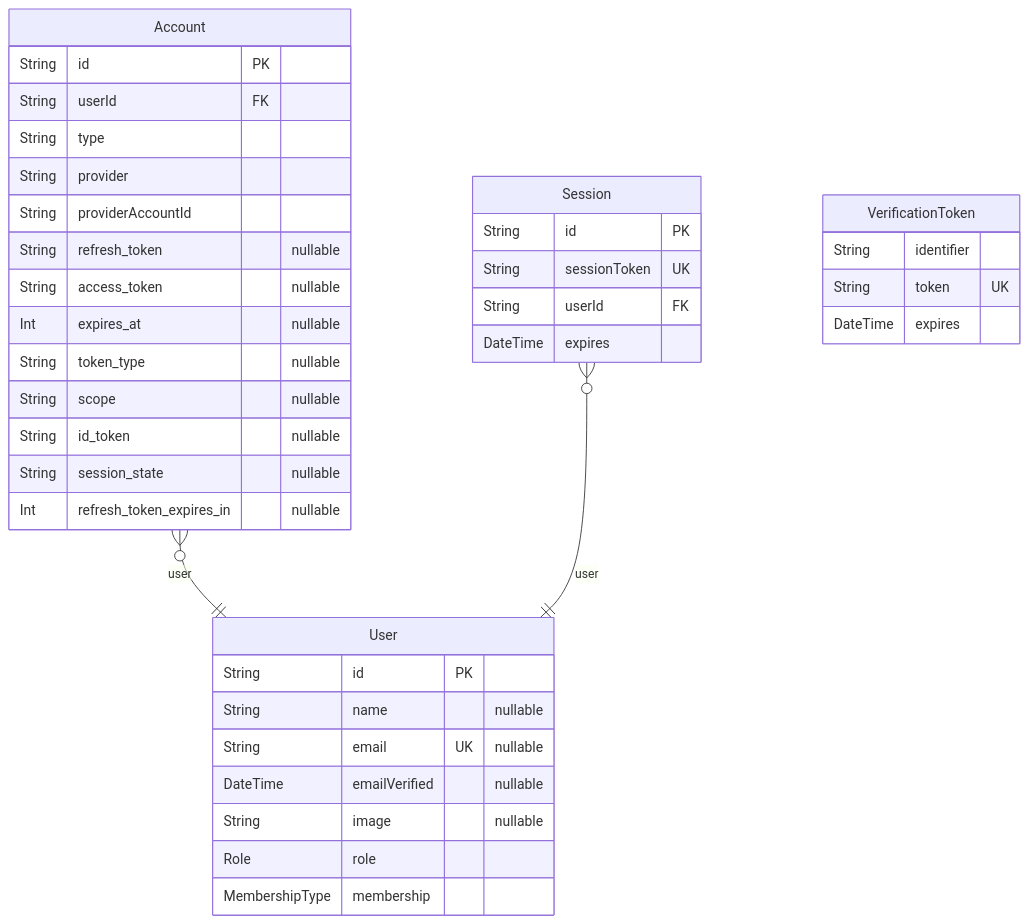
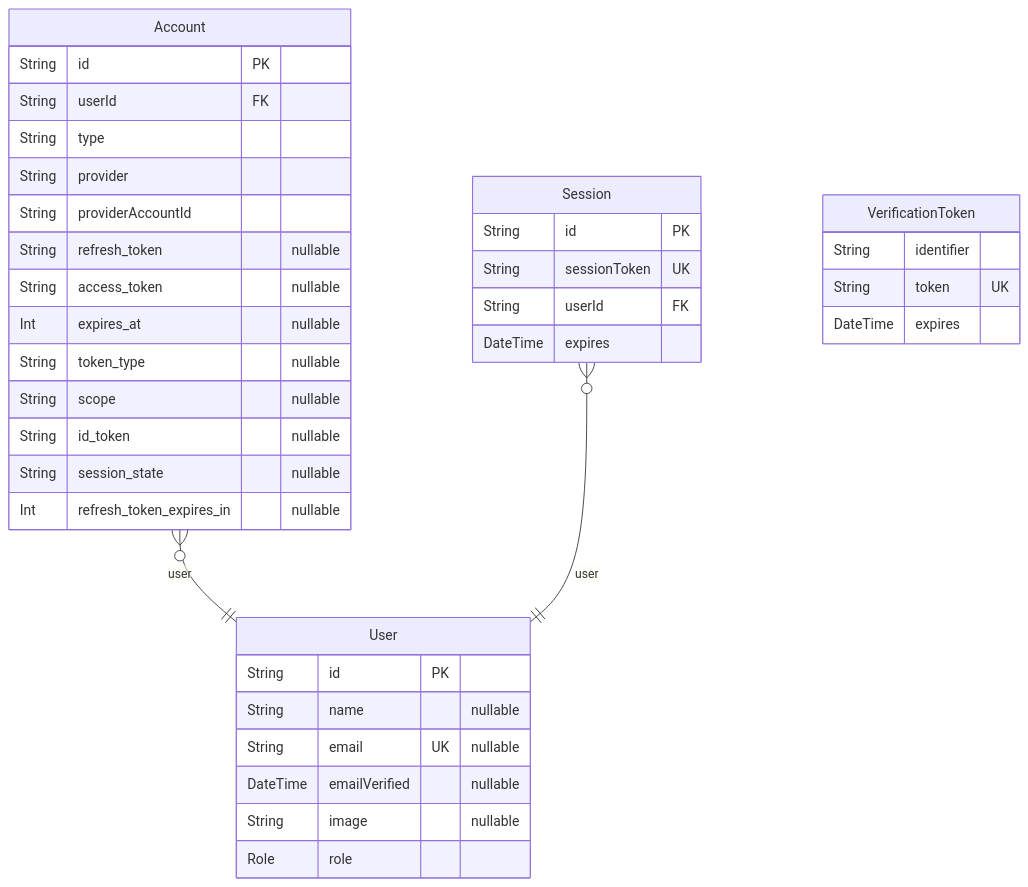
One commit to rayven122/tumiki changed the second of 4 diagrams in prisma/README.md. Above: the diagram before and after it, drawn with Mermaid. The commit also changed other lines of this file and 3 other files, not shown here.

````diff
--- a/prisma/README.md
+++ b/prisma/README.md
@@ -178,40 +185,39 @@
 ```mermaid
 erDiagram
 "Account" {
   String id PK
   String userId FK
   String type
   String provider
   String providerAccountId
   String refresh_token "nullable"
   String access_token "nullable"
   Int expires_at "nullable"
   String token_type "nullable"
   String scope "nullable"
   String id_token "nullable"
   String session_state "nullable"
   Int refresh_token_expires_in "nullable"
 }
 "Session" {
   String id PK
   String sessionToken UK
   String userId FK
   DateTime expires
 }
 "User" {
   String id PK
   String name "nullable"
   String email UK "nullable"
   DateTime emailVerified "nullable"
   String image "nullable"
   Role role
-  MembershipType membership
 }
 "VerificationToken" {
   String identifier
   String token UK
   DateTime expires
 }
 "Account" }o--|| "User" : user
 "Session" }o--|| "User" : user
 ```
````
